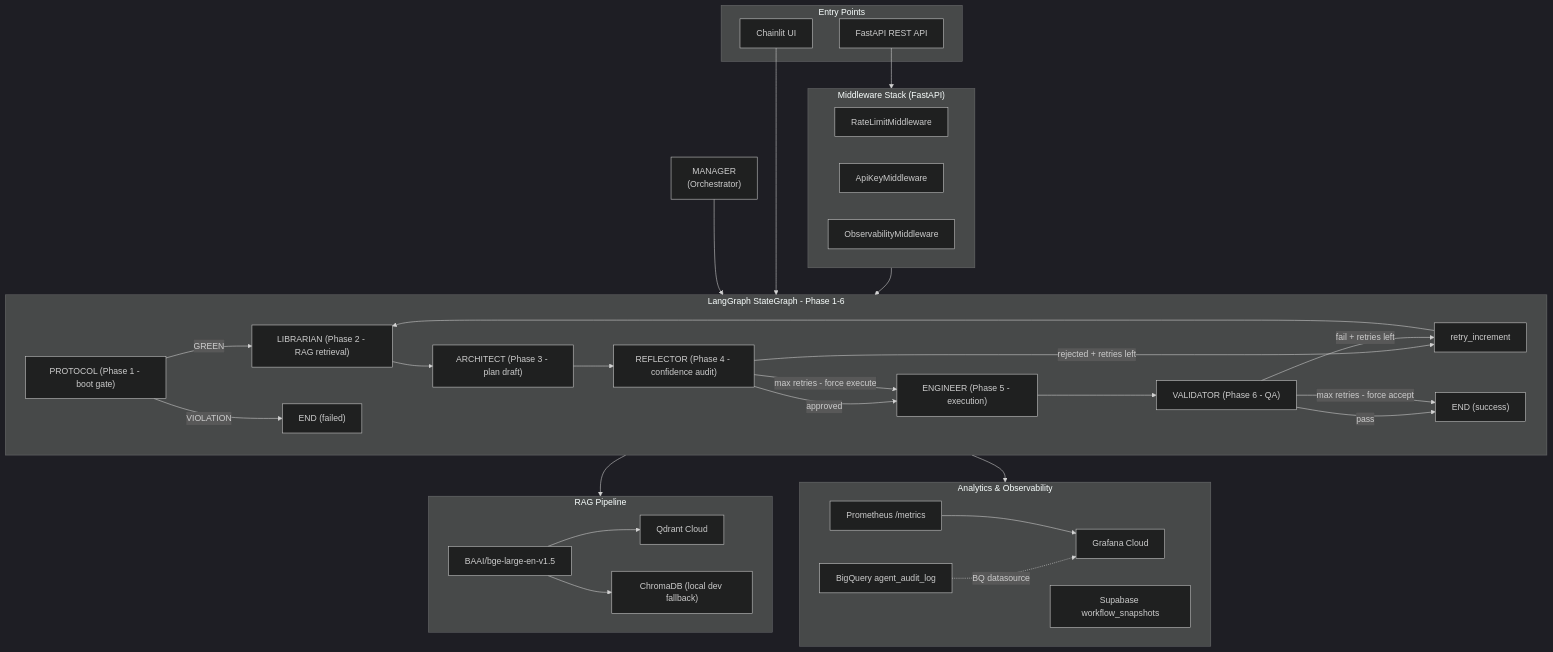
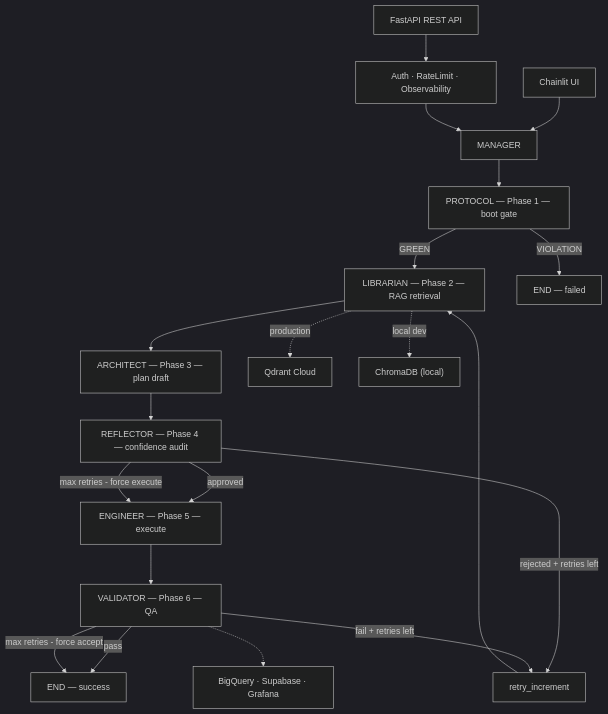
Before and after one commit to cherubini-sam/agenticssdlc: the first of 4 diagrams in README.md, drawn with Mermaid (dark theme). The commit also changed other lines of this file and 108 other files, not shown here.

````diff
--- a/README.md
+++ b/README.md
@@ -140,61 +57,37 @@
 ```mermaid
 flowchart TD
-    subgraph Interfaces["Entry Points"]
-        UI["Chainlit UI"]
-        API["FastAPI REST API"]
-    end
+    UI["Chainlit UI"]
+    API["FastAPI REST API"]
+    MW["Auth · RateLimit · Observability"]
+    MANAGER["MANAGER"]
+    P1["PROTOCOL — Phase 1 — boot gate"]
+    P2["LIBRARIAN — Phase 2 — RAG retrieval"]
+    P3["ARCHITECT — Phase 3 — plan draft"]
+    P4["REFLECTOR — Phase 4 — confidence audit"]
+    P5["ENGINEER — Phase 5 — execute"]
+    P6["VALIDATOR — Phase 6 — QA"]
+    RETRY["retry_increment"]
+    END_FAIL["END — failed"]
+    END_OK["END — success"]
+    QD["Qdrant Cloud"]
+    CH["ChromaDB (local)"]
+    ANALYTICS["BigQuery · Supabase · Grafana"]
 
-    subgraph Middleware["Middleware Stack (FastAPI)"]
-        RL["RateLimitMiddleware"]
-        AUTH["ApiKeyMiddleware"]
-        OBS["ObservabilityMiddleware"]
-    end
-
-    MANAGER["MANAGER\n(Orchestrator)"]
-
-    subgraph Graph["LangGraph StateGraph - Phase 1-6"]
-        P1["PROTOCOL (Phase 1 - boot gate)"]
-        P2["LIBRARIAN (Phase 2 - RAG retrieval)"]
-        P3["ARCHITECT (Phase 3 - plan draft)"]
-        P4["REFLECTOR (Phase 4 - confidence audit)"]
-        P5["ENGINEER (Phase 5 - execution)"]
-        P6["VALIDATOR (Phase 6 - QA)"]
-        RETRY["retry_increment"]
-        P1 -->|GREEN| P2
-        P1 -->|VIOLATION| END_FAIL["END (failed)"]
-        P2 --> P3
-        P3 --> P4
-        P4 -->|approved| P5
-        P4 -->|rejected + retries left| RETRY
-        P4 -->|max retries - force execute| P5
-        P5 --> P6
-        P6 -->|pass| END_OK["END (success)"]
-        P6 -->|fail + retries left| RETRY
-        P6 -->|max retries - force accept| END_OK
-        RETRY --> P2
-    end
-
-    MANAGER --> Graph
-
-    subgraph RAG["RAG Pipeline"]
-        EMB["BAAI/bge-large-en-v1.5"]
-        QD["Qdrant Cloud"]
-        CH["ChromaDB (local dev fallback)"]
-        EMB --> QD
-        EMB --> CH
-    end
-
-    subgraph Analytics["Analytics & Observability"]
-        BQ["BigQuery agent_audit_log"]
-        SB["Supabase workflow_snapshots"]
-        PROM["Prometheus /metrics"]
-        GF["Grafana Cloud"]
-        PROM --> GF
-        BQ -.->|BQ datasource| GF
-    end
-
-    UI --> Graph
-    API --> Middleware --> Graph
-    Graph --> RAG
-    Graph --> Analytics
+    UI --> MANAGER
+    API --> MW --> MANAGER
+    MANAGER --> P1
+    P1 -->|GREEN| P2
+    P1 -->|VIOLATION| END_FAIL
+    P2 --> P3 --> P4
+    P4 -->|approved| P5
+    P4 -->|rejected + retries left| RETRY
+    P4 -->|max retries - force execute| P5
+    P5 --> P6
+    P6 -->|pass| END_OK
+    P6 -->|fail + retries left| RETRY
+    P6 -->|max retries - force accept| END_OK
+    RETRY --> P2
+    P2 -.->|production| QD
+    P2 -.->|local dev| CH
+    P6 -.-> ANALYTICS
 ```
````
